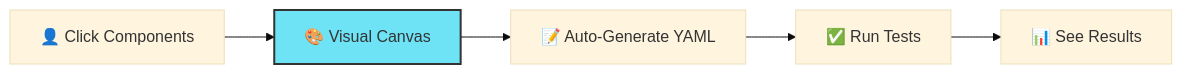
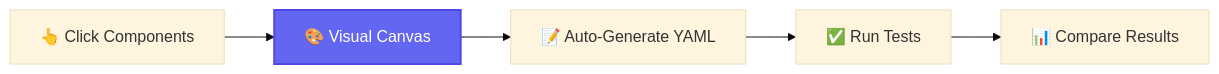
The first of 2 diagrams in README.md (navam-io/sentinel), drawn with Mermaid (base theme) before and after one commit. The commit also changed other lines of this file, not shown here.

````diff
--- a/README.md
+++ b/README.md
@@ -33,8 +35,8 @@
 ```mermaid
 graph LR
-    A[👤 Click Components] --> B[🎨 Visual Canvas]
+    A[👆 Click Components] --> B[🎨 Visual Canvas]
     B --> C[📝 Auto-Generate YAML]
     C --> D[✅ Run Tests]
-    D --> E[📊 See Results]
-    style B fill:#6EE3F6,stroke:#333,stroke-width:2px
+    D --> E[📊 Compare Results]
+    style B fill:#6366f1,stroke:#4f46e5,stroke-width:2px,color:#fff
 ```
````
